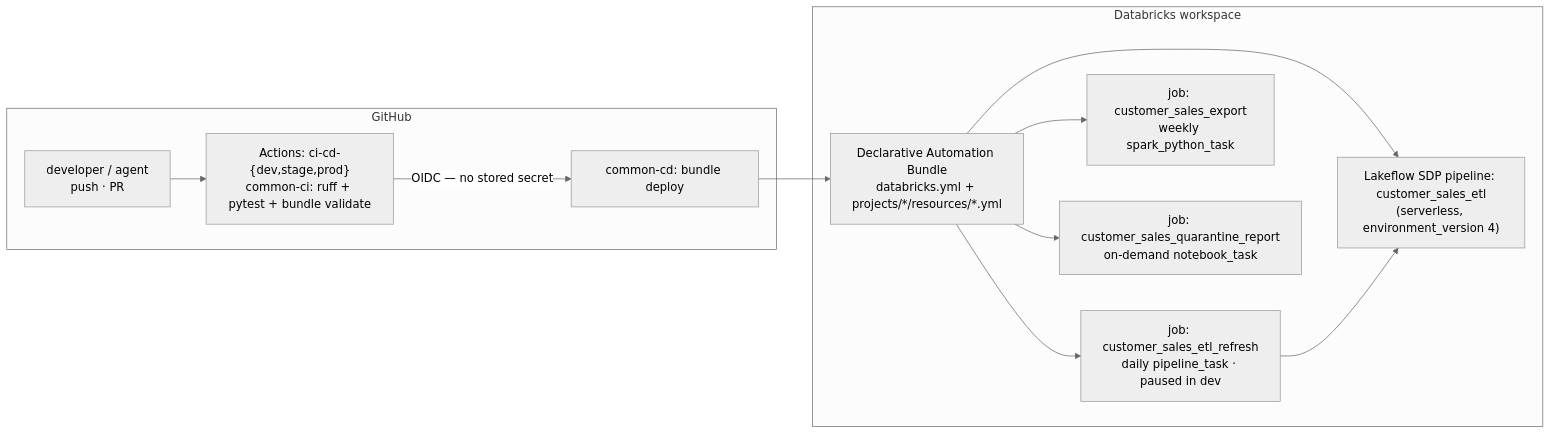
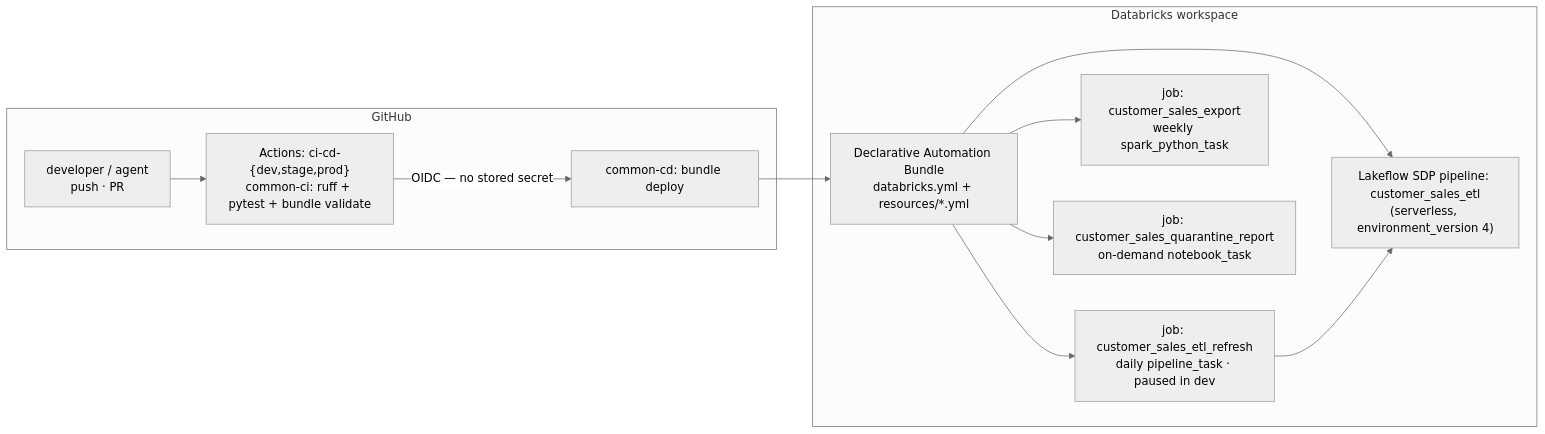
The first of 6 diagrams in docs/ARCHITECTURE.md (Vegash09/Demo_Lab), drawn with Mermaid (neutral theme) before and after one commit. The commit also changed other lines of this file and 19 other files, not shown here.

````diff
--- a/docs/ARCHITECTURE.md
+++ b/docs/ARCHITECTURE.md
@@ -15,16 +19,16 @@
 ```mermaid
 flowchart LR
     subgraph GH["GitHub"]
         DEV["developer / agent<br/>push · PR"] --> CI["Actions: ci-cd-{dev,stage,prod}<br/>common-ci: ruff + pytest + bundle validate"]
         CI -->|"OIDC — no stored secret"| CD["common-cd: bundle deploy"]
     end
 
     subgraph WS["Databricks workspace"]
-        CD --> DAB["Declarative Automation Bundle<br/>databricks.yml + projects/*/resources/*.yml"]
+        CD --> DAB["Declarative Automation Bundle<br/>databricks.yml + resources/*.yml"]
         DAB --> PL["Lakeflow SDP pipeline: customer_sales_etl<br/>(serverless, environment_version 4)"]
         DAB --> JOB["job: customer_sales_etl_refresh<br/>daily pipeline_task · paused in dev"]
         DAB --> EXP["job: customer_sales_export<br/>weekly spark_python_task"]
         DAB --> QR["job: customer_sales_quarantine_report<br/>on-demand notebook_task"]
         JOB --> PL
     end
 ```
````
